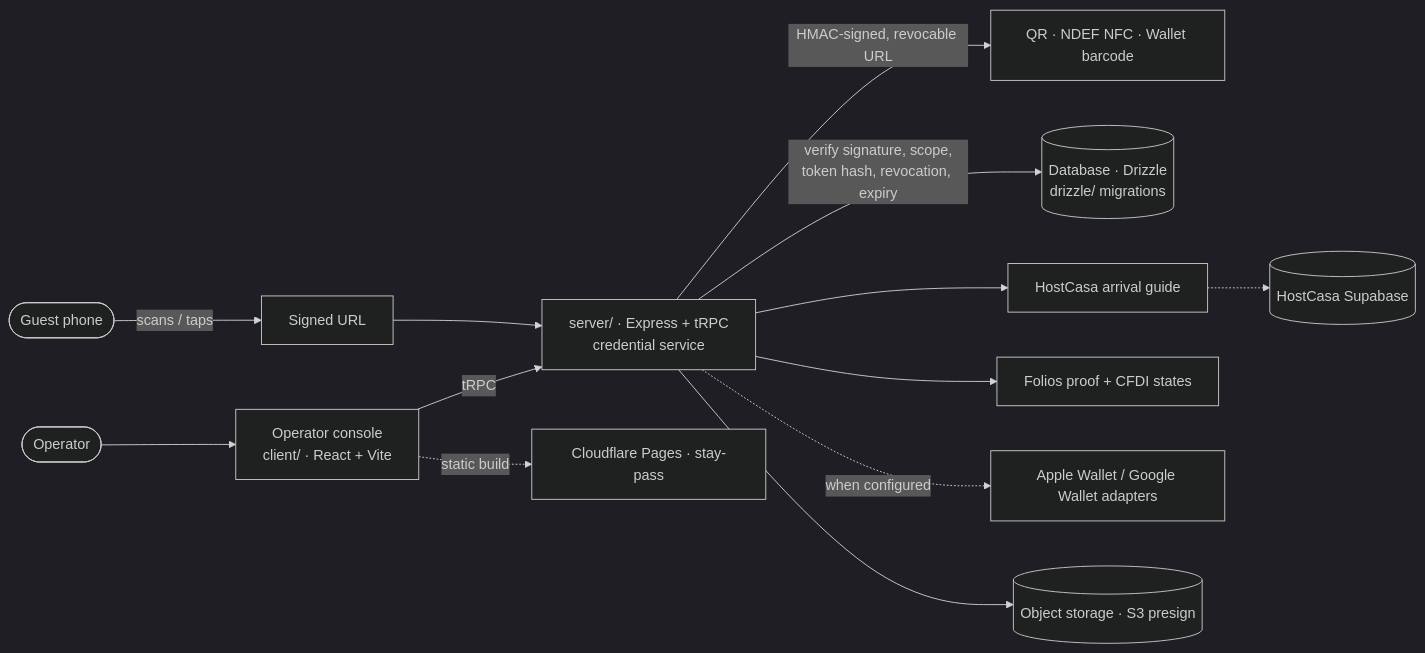
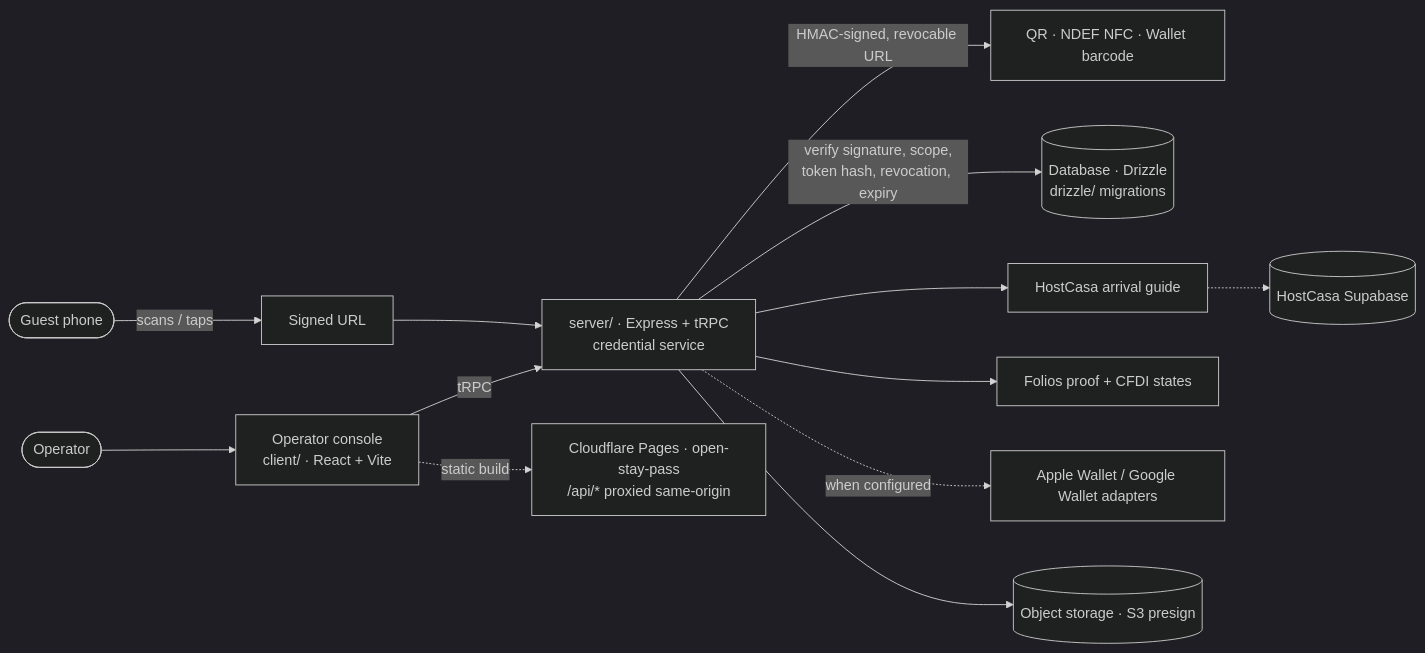
One commit to FriskyDevelopments/open-stay-pass changed the diagram in README.md. Above: the diagram before and after it, drawn with Mermaid (dark theme). The commit also changed other lines of this file and 11 other files, not shown here.

First line of the commit message:
fix(pages): proxy the api same-origin so staypass.dev works again (#14)

````diff
--- a/README.md
+++ b/README.md
@@ -61,15 +61,15 @@
 ```mermaid
 flowchart LR
   op([Operator]) --> console[Operator console<br/>client/ · React + Vite]
   console -->|tRPC| server[server/ · Express + tRPC<br/>credential service]
   server -->|HMAC-signed, revocable URL| cred[QR · NDEF NFC · Wallet barcode]
   guest([Guest phone]) -->|scans / taps| resolve[Signed URL]
   resolve --> server
   server -->|verify signature, scope,<br/>token hash, revocation, expiry| db[(Database · Drizzle<br/>drizzle/ migrations)]
   server --> arrival[HostCasa arrival guide]
   server --> proof[Folios proof + CFDI states]
   server -.when configured.-> wallet[Apple Wallet / Google Wallet adapters]
   arrival -.-> hc[(HostCasa Supabase)]
   server --> storage[(Object storage · S3 presign)]
-  console -.static build.-> pages[Cloudflare Pages · stay-pass]
+  console -.static build.-> pages[Cloudflare Pages · open-stay-pass<br/>/api/* proxied same-origin]
 ```
````
